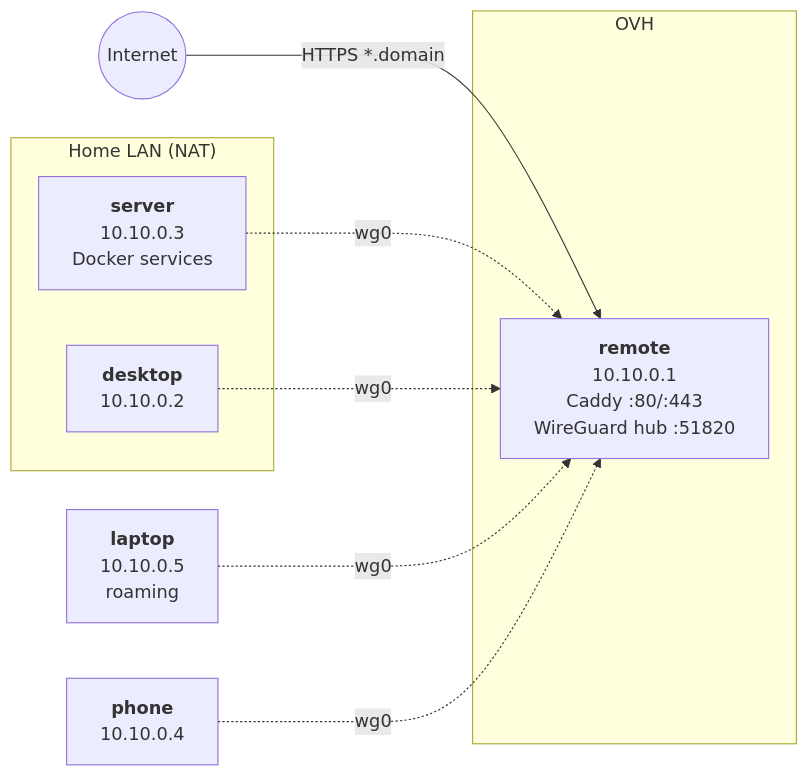
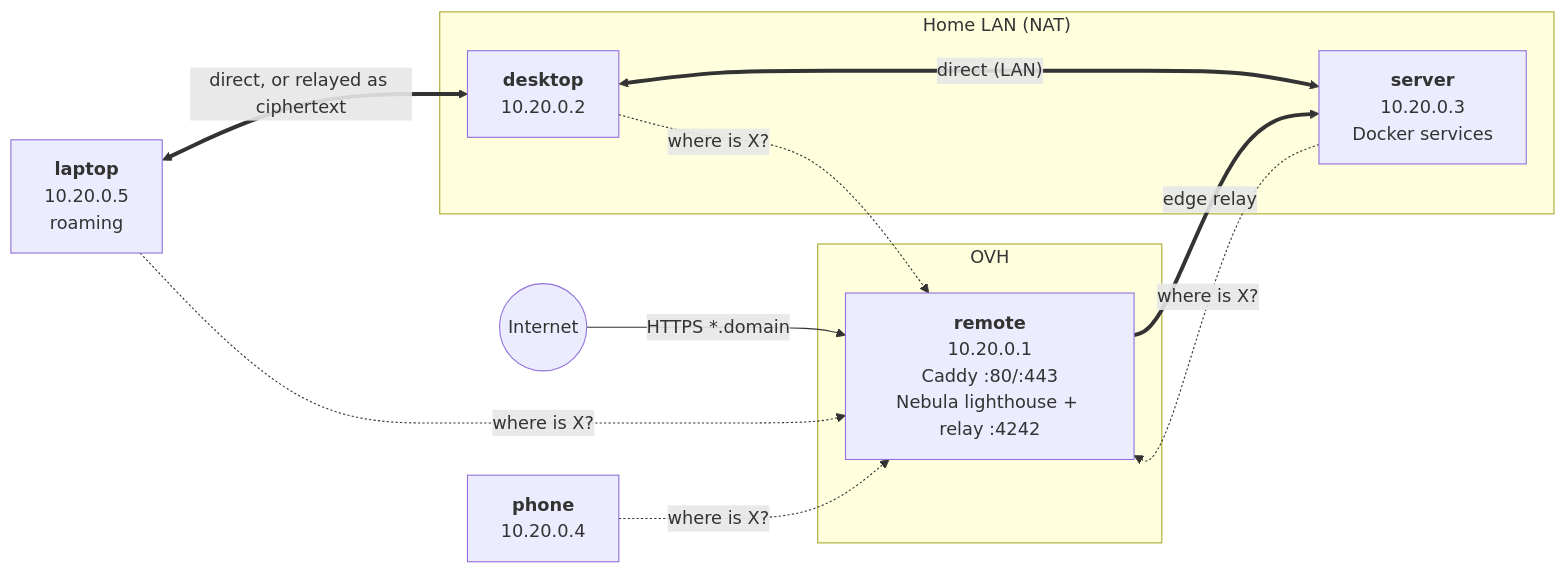
The first of 4 diagrams in README.md (LeVraiBaptiste/nixos), drawn with Mermaid before and after one commit. The commit also changed other lines of this file and 14 other files, not shown here.

````diff
--- a/README.md
+++ b/README.md
@@ -26,22 +28,22 @@
 ```mermaid
 flowchart LR
     internet(("Internet"))
 
     subgraph ovh["OVH"]
-        remote["<b>remote</b><br>10.10.0.1<br>Caddy :80/:443<br>WireGuard hub :51820"]
+        remote["<b>remote</b><br>10.20.0.1<br>Caddy :80/:443<br>Nebula lighthouse + relay :4242"]
     end
 
     subgraph home["Home LAN (NAT)"]
-        server["<b>server</b><br>10.10.0.3<br>Docker services"]
-        desktop["<b>desktop</b><br>10.10.0.2"]
+        server["<b>server</b><br>10.20.0.3<br>Docker services"]
+        desktop["<b>desktop</b><br>10.20.0.2"]
     end
 
-    laptop["<b>laptop</b><br>10.10.0.5<br>roaming"]
-    phone["<b>phone</b><br>10.10.0.4"]
+    laptop["<b>laptop</b><br>10.20.0.5<br>roaming"]
+    phone["<b>phone</b><br>10.20.0.4"]
 
     internet -- "HTTPS *.domain" --> remote
-    server -. "wg0" .-> remote
-    desktop -. "wg0" .-> remote
-    laptop -. "wg0" .-> remote
-    phone -. "wg0" .-> remote
+    server & desktop & laptop & phone -. "where is X?" .-> remote
+    desktop <== "direct (LAN)" ==> server
+    laptop <== "direct, or relayed as ciphertext" ==> desktop
+    remote == "edge relay" ==> server
 ```
````
